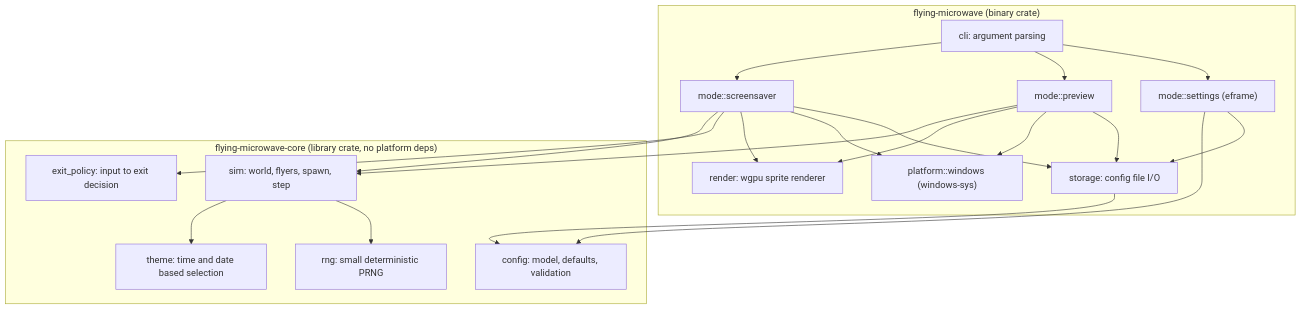
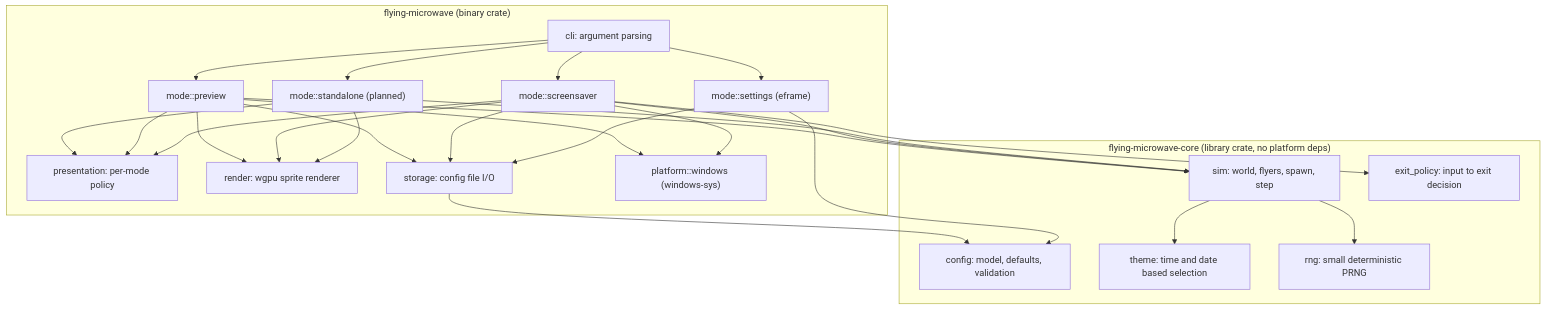
The first of 3 diagrams in docs/design/architecture.md (suchi/flying-microwave), drawn with Mermaid before and after one commit. The commit also changed other lines of this file, not shown here.

First line of the commit message:
docs: design for standalone window and fullscreen

````diff
--- a/docs/design/architecture.md
+++ b/docs/design/architecture.md
@@ -21,36 +22,44 @@
 ```mermaid
 flowchart TB
     subgraph app["flying-microwave (binary crate)"]
         cli["cli: argument parsing"]
         saver["mode::screensaver"]
         preview["mode::preview"]
         settingsui["mode::settings (eframe)"]
+        standalone["mode::standalone (planned)"]
+        policy["presentation: per-mode policy"]
         render["render: wgpu sprite renderer"]
         storage["storage: config file I/O"]
         platform["platform::windows (windows-sys)"]
     end
     subgraph core["flying-microwave-core (library crate, no platform deps)"]
         config["config: model, defaults, validation"]
         sim["sim: world, flyers, spawn, step"]
         theme["theme: time and date based selection"]
         exitpolicy["exit_policy: input to exit decision"]
         rng["rng: small deterministic PRNG"]
     end
     cli --> saver
     cli --> preview
     cli --> settingsui
+    cli --> standalone
+    saver --> policy
+    preview --> policy
+    standalone --> policy
+    standalone --> sim
+    standalone --> render
     saver --> sim
     saver --> exitpolicy
     saver --> render
     saver --> platform
     preview --> sim
     preview --> render
     preview --> platform
     settingsui --> config
     settingsui --> storage
     saver --> storage
     preview --> storage
     storage --> config
     sim --> theme
     sim --> rng
 ```
````
